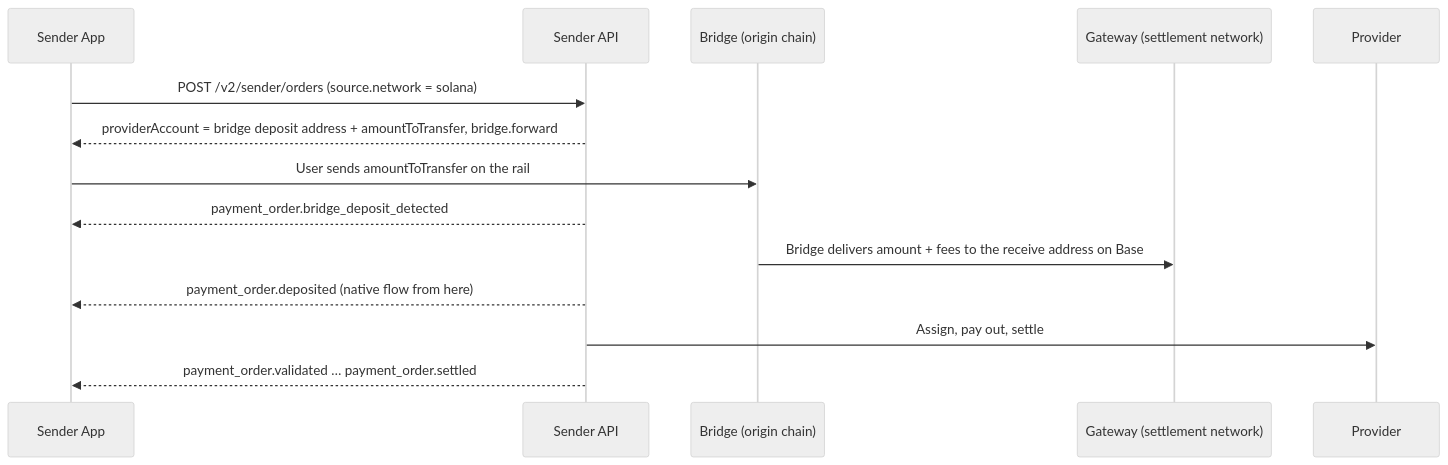
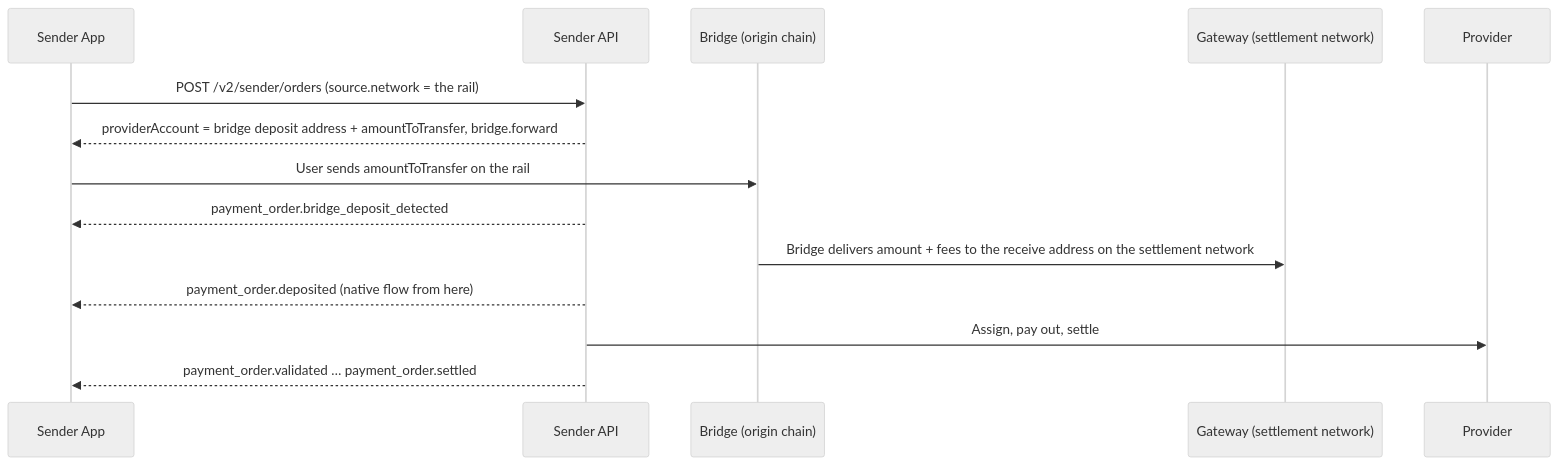
One commit to paycrest/docs changed the diagram in implementation-guides/bridge-rails.mdx. Above: the diagram before and after it, drawn with Mermaid (neutral theme). The commit also changed 3 other files, not shown here.

First line of the commit message:
docs(bridge-rails): stop asserting which network a rail settles on

````diff
--- a/implementation-guides/bridge-rails.mdx
+++ b/implementation-guides/bridge-rails.mdx
@@ -32,17 +32,17 @@
 ```mermaid
 sequenceDiagram
     participant App as Sender App
     participant API as Sender API
     participant BR as Bridge (origin chain)
     participant GW as Gateway (settlement network)
     participant PRV as Provider
 
-    App->>API: POST /v2/sender/orders (source.network = solana)
+    App->>API: POST /v2/sender/orders (source.network = the rail)
     API-->>App: providerAccount = bridge deposit address + amountToTransfer, bridge.forward
     App->>BR: User sends amountToTransfer on the rail
     API-->>App: payment_order.bridge_deposit_detected
-    BR->>GW: Bridge delivers amount + fees to the receive address on Base
+    BR->>GW: Bridge delivers amount + fees to the receive address on the settlement network
     API-->>App: payment_order.deposited (native flow from here)
     API->>PRV: Assign, pay out, settle
     API-->>App: payment_order.validated … payment_order.settled
 ```
````
